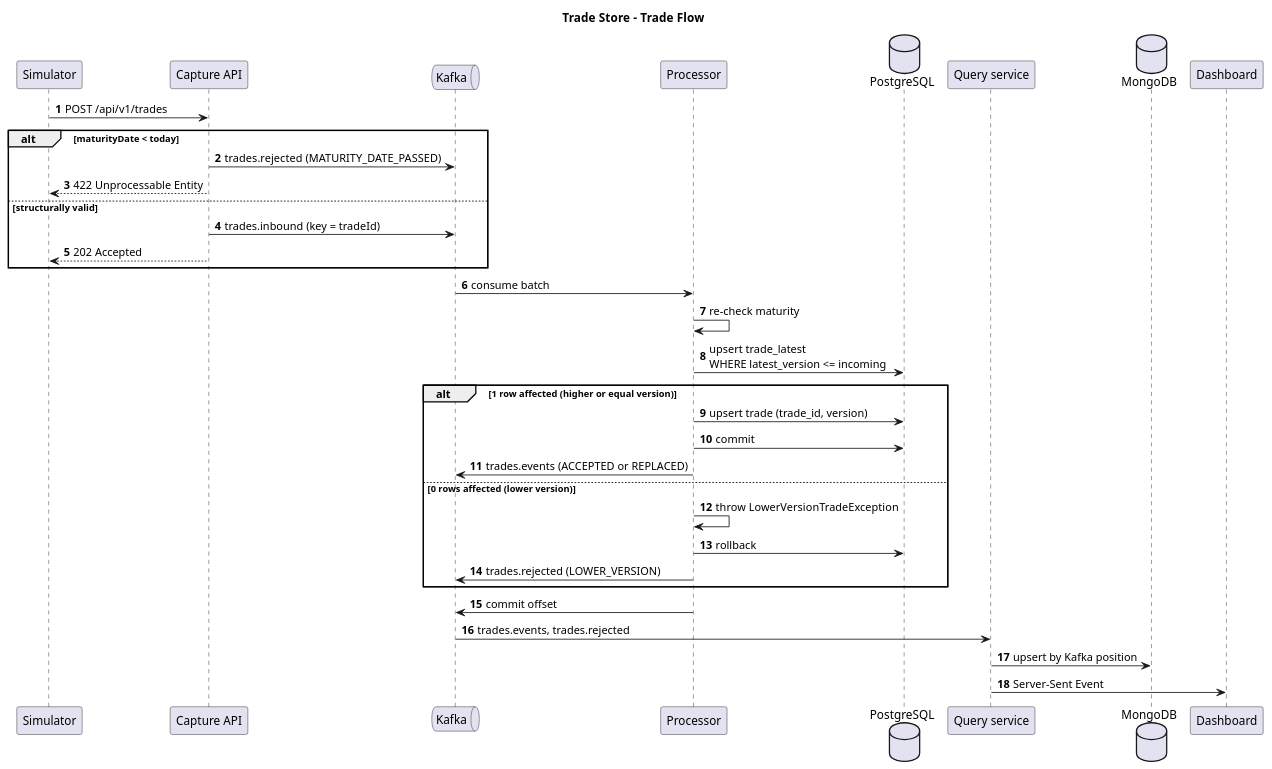
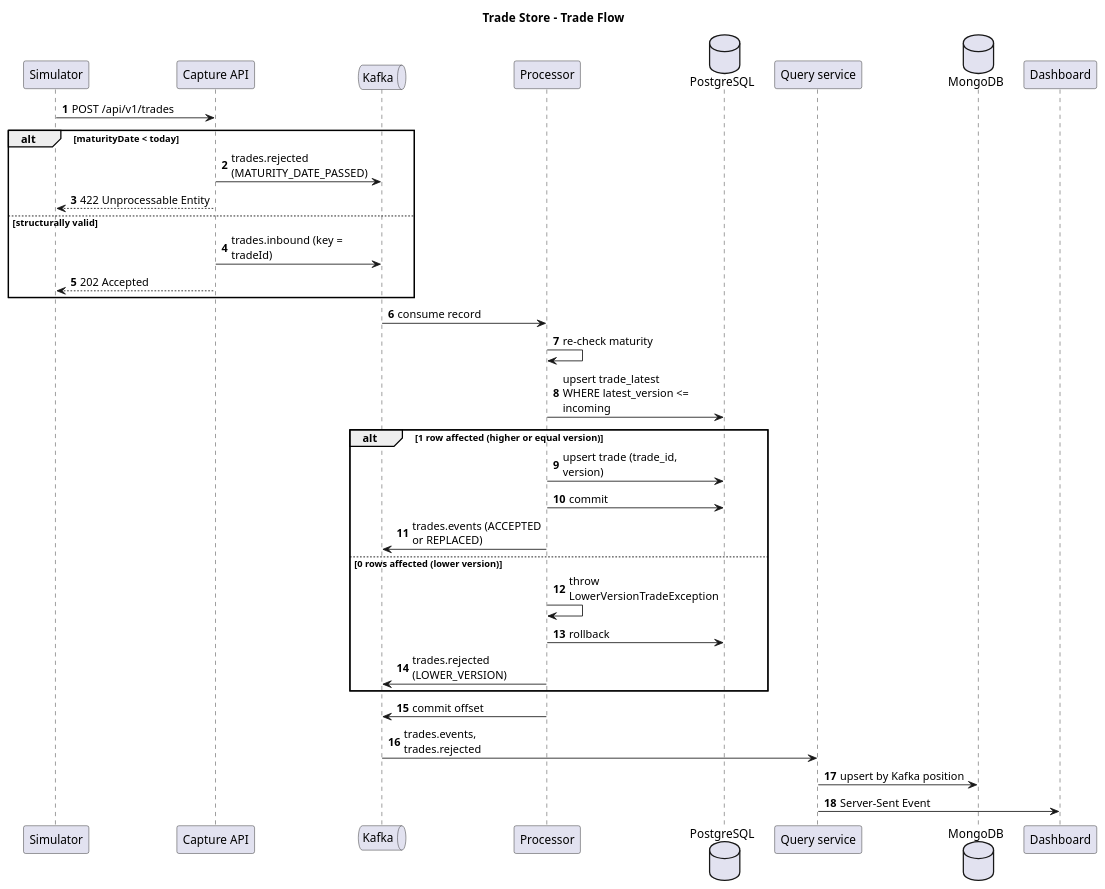
One commit to vijaydixitffis/dws-trade-app changed the diagram in docs/diagrams/sequence-trade-flow.puml. Above: the diagram before and after it, drawn with PlantUML. The commit also changed 10 other files, not shown here.

Commit message:
docs: high-level design and architecture PDF with deployment, data model and pipeline diagrams

```diff
--- a/docs/diagrams/sequence-trade-flow.puml
+++ b/docs/diagrams/sequence-trade-flow.puml
@@ -1,41 +1,44 @@
 @startuml sequence-trade-flow
 title Trade Store - Trade Flow
 autonumber
+skinparam maxMessageSize 170
+skinparam ParticipantPadding 8
+skinparam BoxPadding 8
 
 participant "Simulator" as sim
 participant "Capture API" as cap
 queue "Kafka" as k
 participant "Processor" as proc
 database "PostgreSQL" as pg
 participant "Query service" as q
 database "MongoDB" as mongo
 participant "Dashboard" as ui
 
 sim -> cap : POST /api/v1/trades
 alt maturityDate < today
   cap -> k : trades.rejected (MATURITY_DATE_PASSED)
   cap --> sim : 422 Unprocessable Entity
 else structurally valid
   cap -> k : trades.inbound (key = tradeId)
   cap --> sim : 202 Accepted
 end
 
-k -> proc : consume batch
+k -> proc : consume record
 proc -> proc : re-check maturity
 proc -> pg : upsert trade_latest\nWHERE latest_version <= incoming
 
 alt 1 row affected (higher or equal version)
   proc -> pg : upsert trade (trade_id, version)
   proc -> pg : commit
   proc -> k : trades.events (ACCEPTED or REPLACED)
 else 0 rows affected (lower version)
   proc -> proc : throw LowerVersionTradeException
   proc -> pg : rollback
   proc -> k : trades.rejected (LOWER_VERSION)
 end
 proc -> k : commit offset
 
 k -> q : trades.events, trades.rejected
 q -> mongo : upsert by Kafka position
 q -> ui : Server-Sent Event
 @enduml
```
